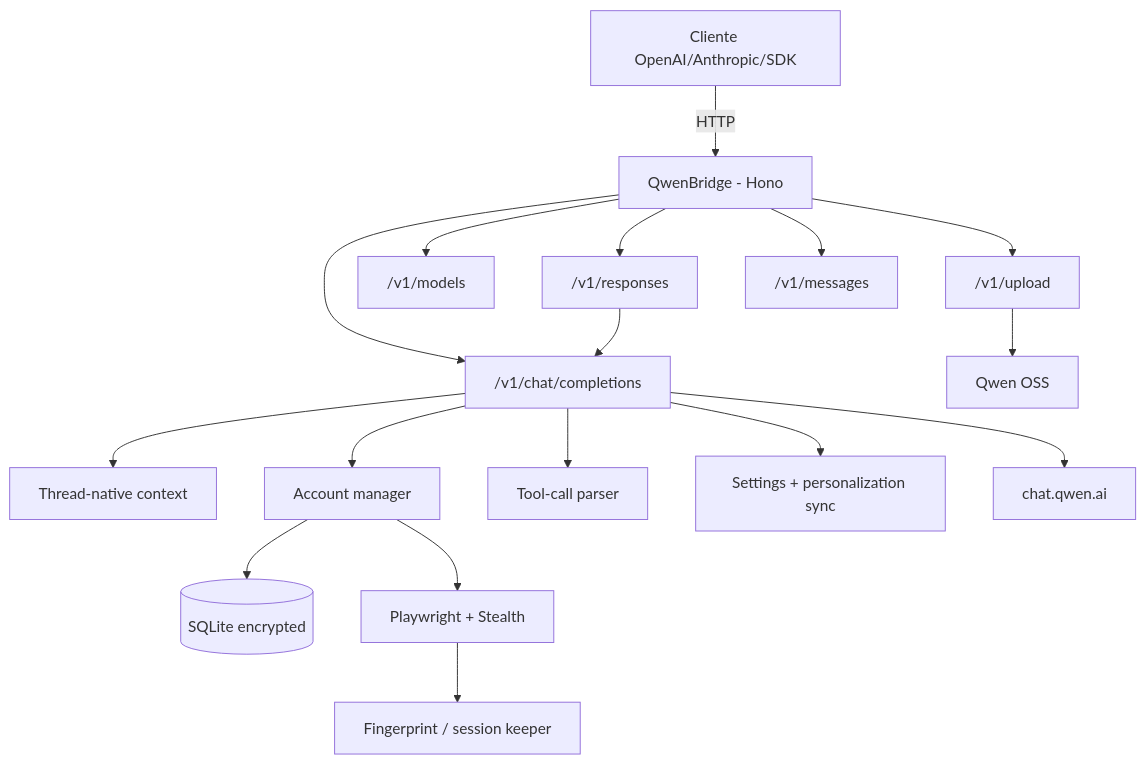
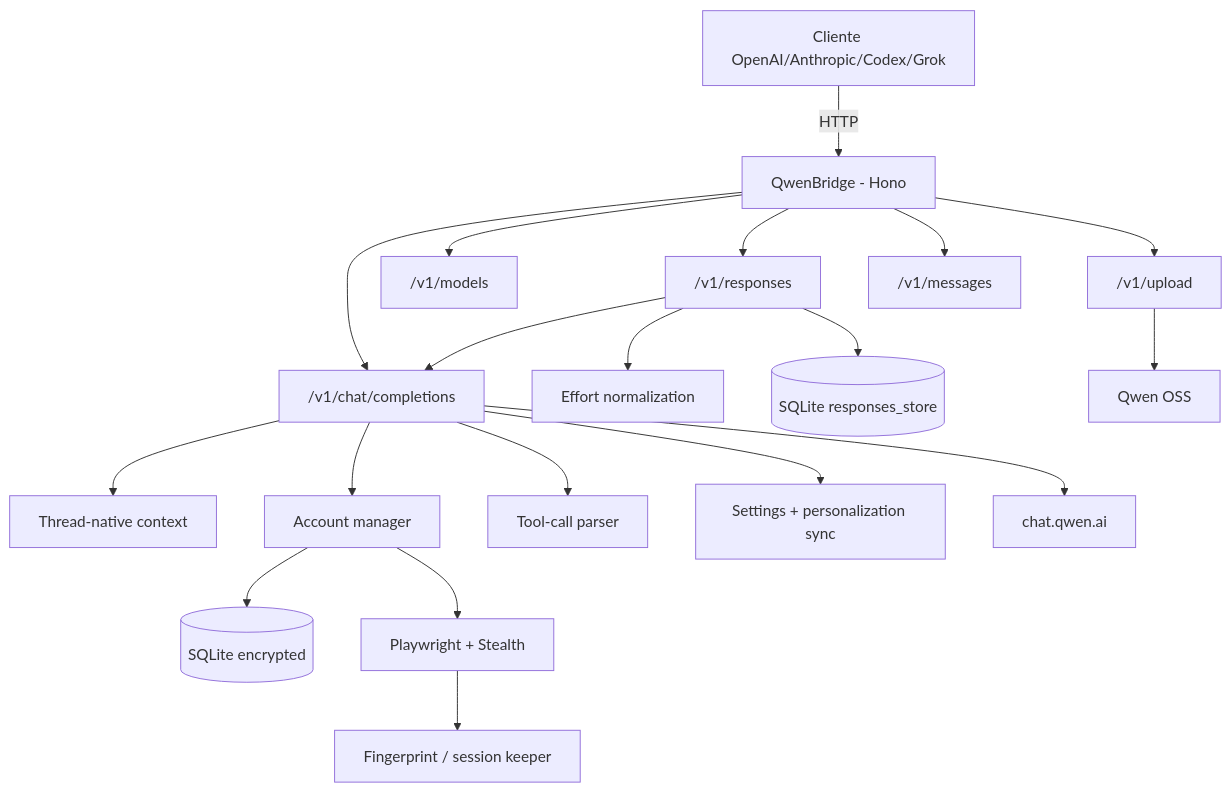
Before and after one commit to johngbl/qwenproxy: the diagram in README.md, drawn with Mermaid. The commit also changed other lines of this file and 19 other files, not shown here.

````diff
--- a/README.md
+++ b/README.md
@@ -33,19 +34,21 @@
 ```mermaid
 flowchart TD
-    Client["Cliente OpenAI/Anthropic/SDK"] -->|HTTP| Proxy["QwenBridge - Hono"]
+    Client["Cliente OpenAI/Anthropic/Codex/Grok"] -->|HTTP| Proxy["QwenBridge - Hono"]
     Proxy --> Chat["/v1/chat/completions"]
     Proxy --> Responses["/v1/responses"]
     Proxy --> Models["/v1/models"]
     Proxy --> Upload["/v1/upload"]
     Proxy --> Anthropic["/v1/messages"]
     Chat --> Context["Thread-native context"]
     Responses --> Chat
+    Responses --> Effort["Effort normalization"]
+    Responses --> State[("SQLite responses_store")]
     Chat --> Accounts["Account manager"]
     Accounts --> DB[("SQLite encrypted")]
     Accounts --> Playwright["Playwright + Stealth"]
     Playwright --> Fingerprint["Fingerprint / session keeper"]
     Chat --> Parser["Tool-call parser"]
     Chat --> Personalization["Settings + personalization sync"]
     Chat --> Qwen["chat.qwen.ai"]
     Upload --> OSS["Qwen OSS"]
 ```
````
